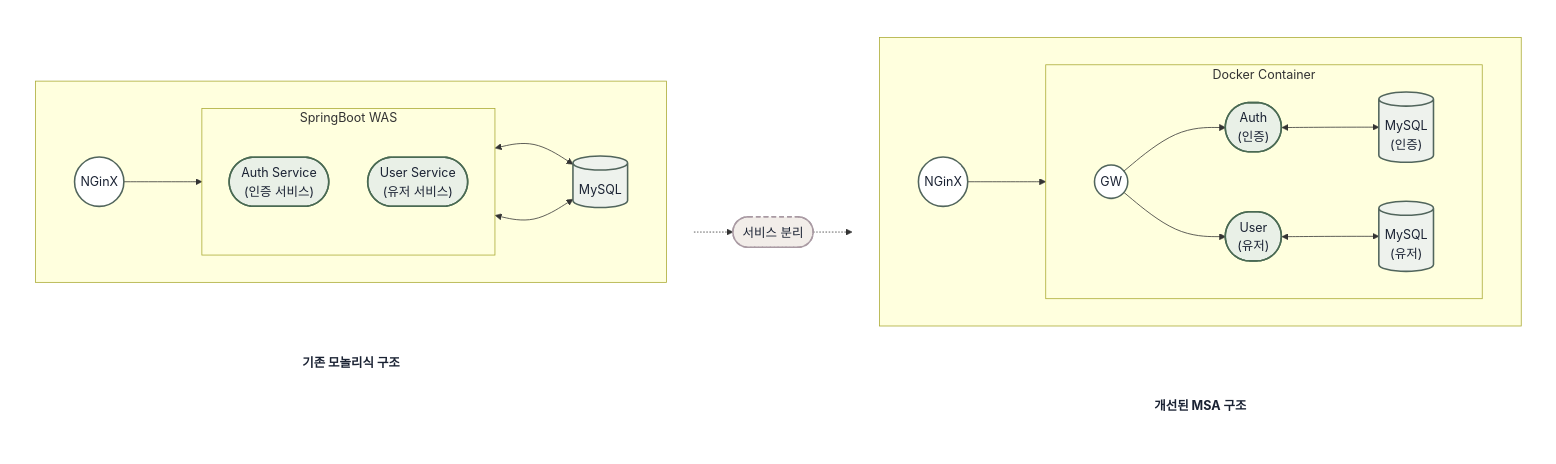
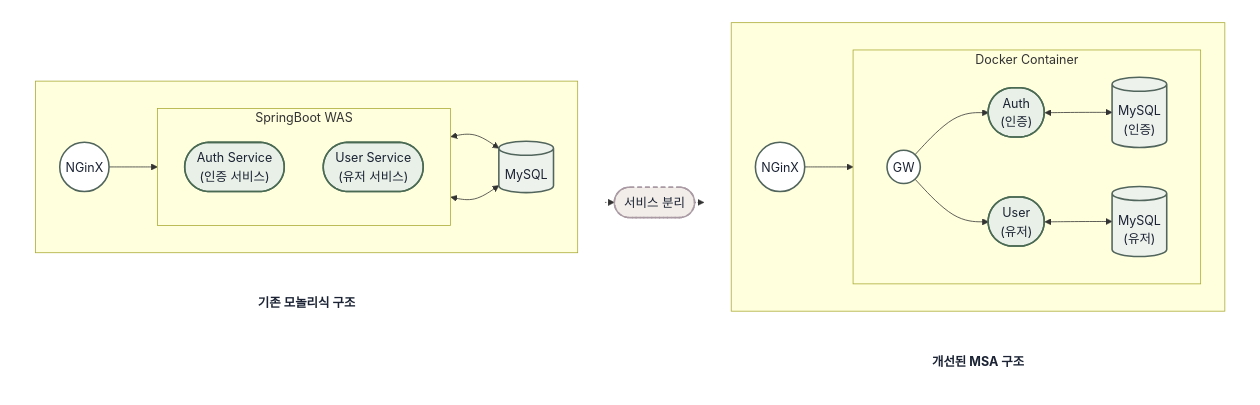
One commit to leaf-nam/portfolio changed the diagram in assets/docs/problem-situation.mmd. Above: the diagram before and after it, drawn with Mermaid.

Commit message:
style: tighter caption spacing in flowchart

```diff
--- a/assets/docs/problem-situation.mmd
+++ b/assets/docs/problem-situation.mmd
@@ -1,57 +1,58 @@
+%%{init: {"flowchart": {"rankSpacing": 12}}}%%
 flowchart LR
     %% 문제 상황: 기존 모놀리식 vs 개선 MSA (초안)
     %% 미리보기: https://mermaid.live 에 붙여넣기
     subgraph C1[" "]
         direction TB
         subgraph OLD[" "]
             direction LR
             NX1((NGinX))
             subgraph WAS["SpringBoot WAS"]
                 direction TB
                 A1(["Auth Service<br/>(인증 서비스)"])
                 U1(["User Service<br/>(유저 서비스)"])
             end
             DB1[("MySQL")]
             NX1 --> WAS
             A1 <--> DB1
             U1 <--> DB1
         end
         CAP1["기존 모놀리식 구조"]
         OLD ~~~ CAP1
     end
     SEP(["서비스 분리"])
     C1 -.-> SEP
     SEP -.-> C2
     subgraph C2[" "]
         direction TB
         subgraph NEW[" "]
             direction LR
             NX2((NGinX))
             subgraph DOCK["Docker Container"]
                 direction LR
                 GW((GW))
                 A2(["Auth<br/>(인증)"])
                 U2(["User<br/>(유저)"])
                 DB2[("MySQL<br/>(인증)")]
                 DB3[("MySQL<br/>(유저)")]
                 GW --> A2 & U2
                 A2 <--> DB2
                 U2 <--> DB3
             end
             NX2 --> GW
         end
         CAP2["개선된 MSA 구조"]
         NEW ~~~ CAP2
     end
     classDef svc fill:#e9f0e7,stroke:#4a6a53,stroke-width:2px,color:#1a2233
     classDef infra fill:#ffffff,stroke:#51655c,stroke-width:2px,color:#1a2233
     classDef db fill:#eef2ed,stroke:#51655c,stroke-width:2px,color:#1a2233
     classDef sep fill:#f2ede9,stroke:#a99aa3,stroke-width:2px,stroke-dasharray:6 4,color:#1a2233
     classDef clear fill:transparent,stroke:transparent
     classDef cap fill:transparent,stroke:transparent,color:#1a2233,font-weight:bold
     class A1,U1,A2,U2 svc
     class NX1,NX2,GW infra
     class DB1,DB2,DB3 db
     class SEP sep
     class C1,C2 clear
     class CAP1,CAP2 cap
```
